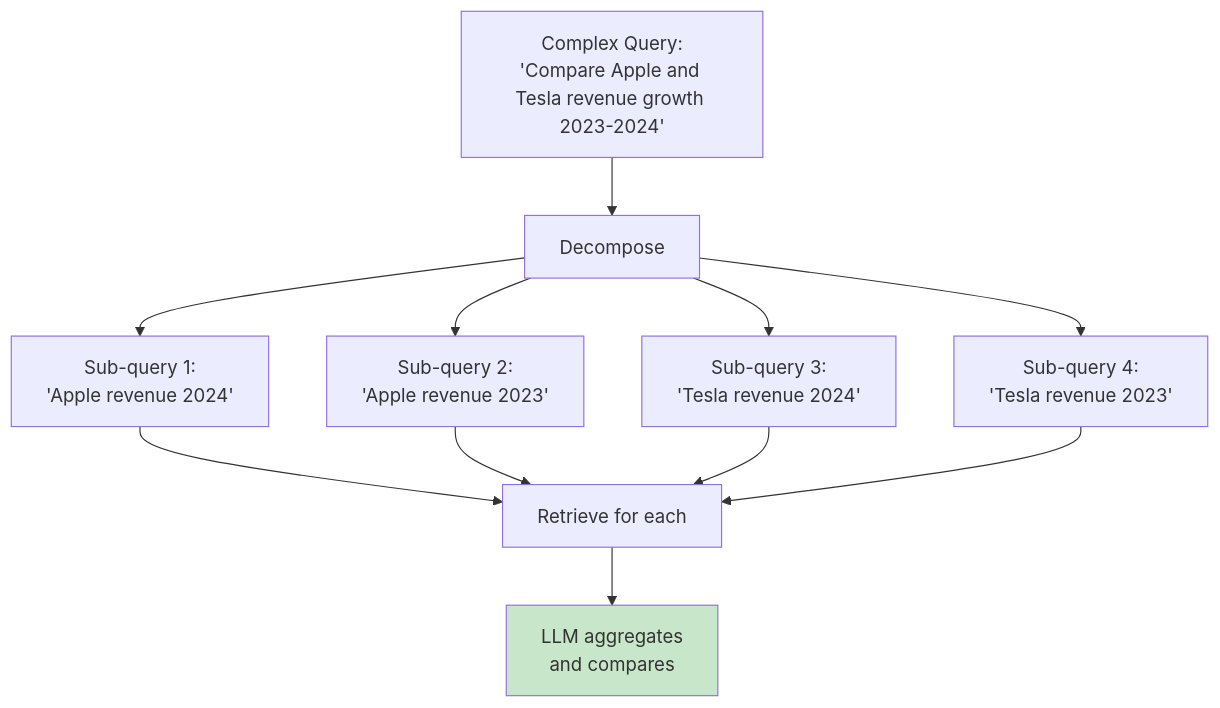
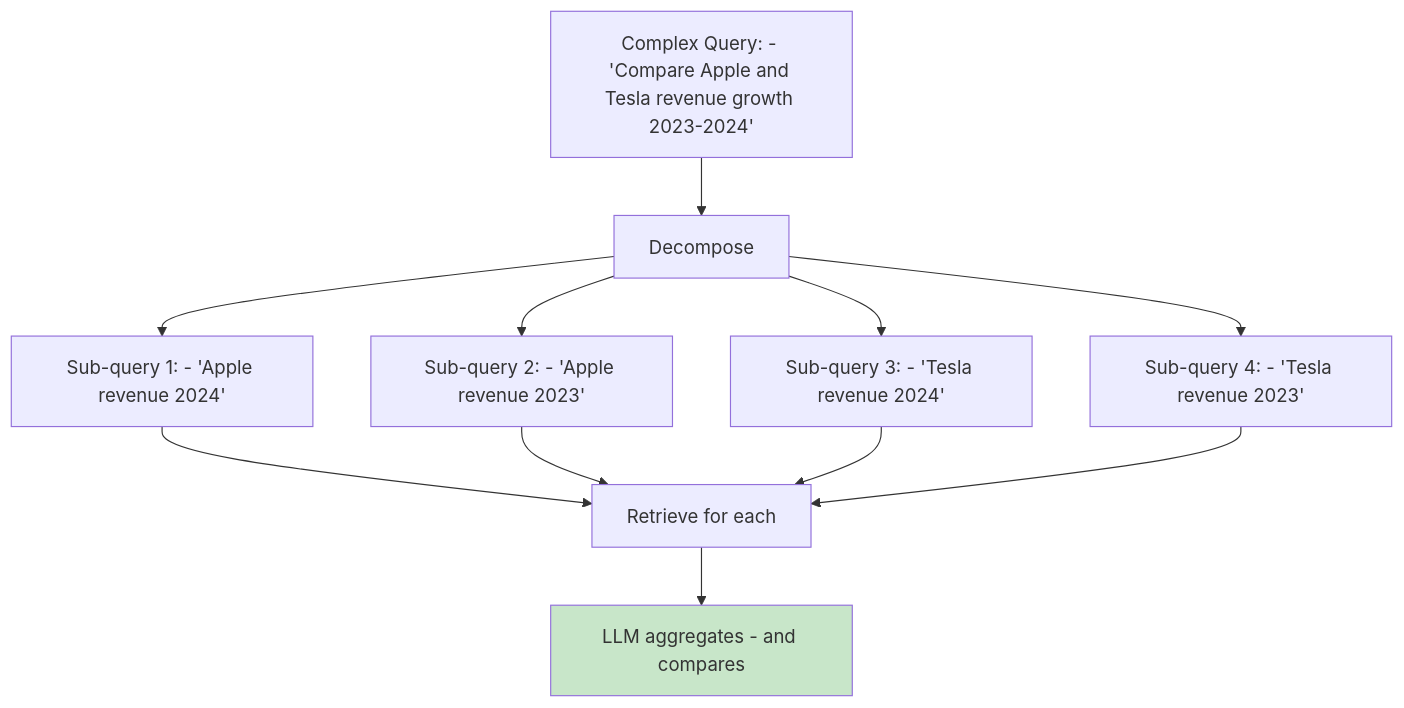
One commit to indhra/llm_rag_sec_findings changed the third of 10 diagrams in docs/learning/08-advanced-rag.md. Above: the diagram before and after it, drawn with Mermaid. The commit also changed other lines of this file and 9 other files, not shown here.

````diff
--- a/docs/learning/08-advanced-rag.md
+++ b/docs/learning/08-advanced-rag.md
@@ -115,19 +115,19 @@
 ```mermaid
 graph TD
-    Q[Complex Query:<br/>'Compare Apple and Tesla revenue growth 2023-2024'] 
+    Q[Complex Query: - 'Compare Apple and Tesla revenue growth 2023-2024'] 
     
     Q --> D[Decompose]
-    D --> Q1[Sub-query 1:<br/>'Apple revenue 2024']
-    D --> Q2[Sub-query 2:<br/>'Apple revenue 2023']
-    D --> Q3[Sub-query 3:<br/>'Tesla revenue 2024']
-    D --> Q4[Sub-query 4:<br/>'Tesla revenue 2023']
+    D --> Q1[Sub-query 1: - 'Apple revenue 2024']
+    D --> Q2[Sub-query 2: - 'Apple revenue 2023']
+    D --> Q3[Sub-query 3: - 'Tesla revenue 2024']
+    D --> Q4[Sub-query 4: - 'Tesla revenue 2023']
     
     Q1 --> R[Retrieve for each]
     Q2 --> R
     Q3 --> R
     Q4 --> R
     
-    R --> A[LLM aggregates<br/>and compares]
+    R --> A[LLM aggregates - and compares]
     
     style A fill:#c8e6c9
 ```
````
